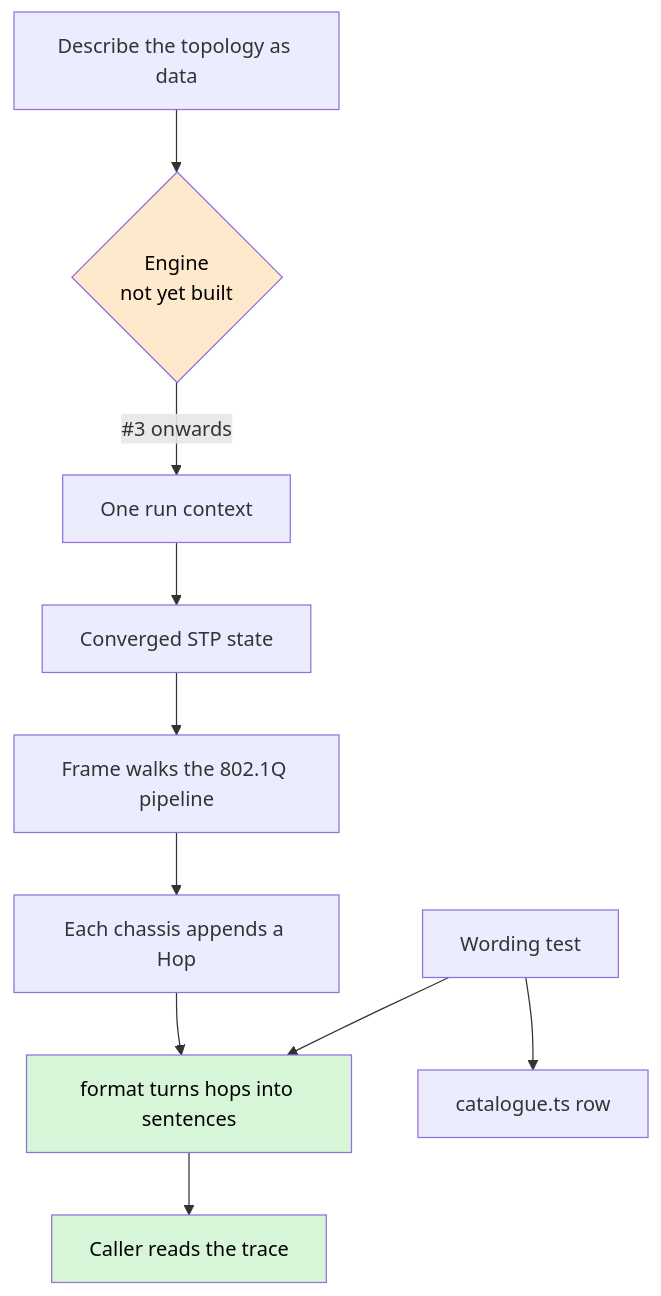
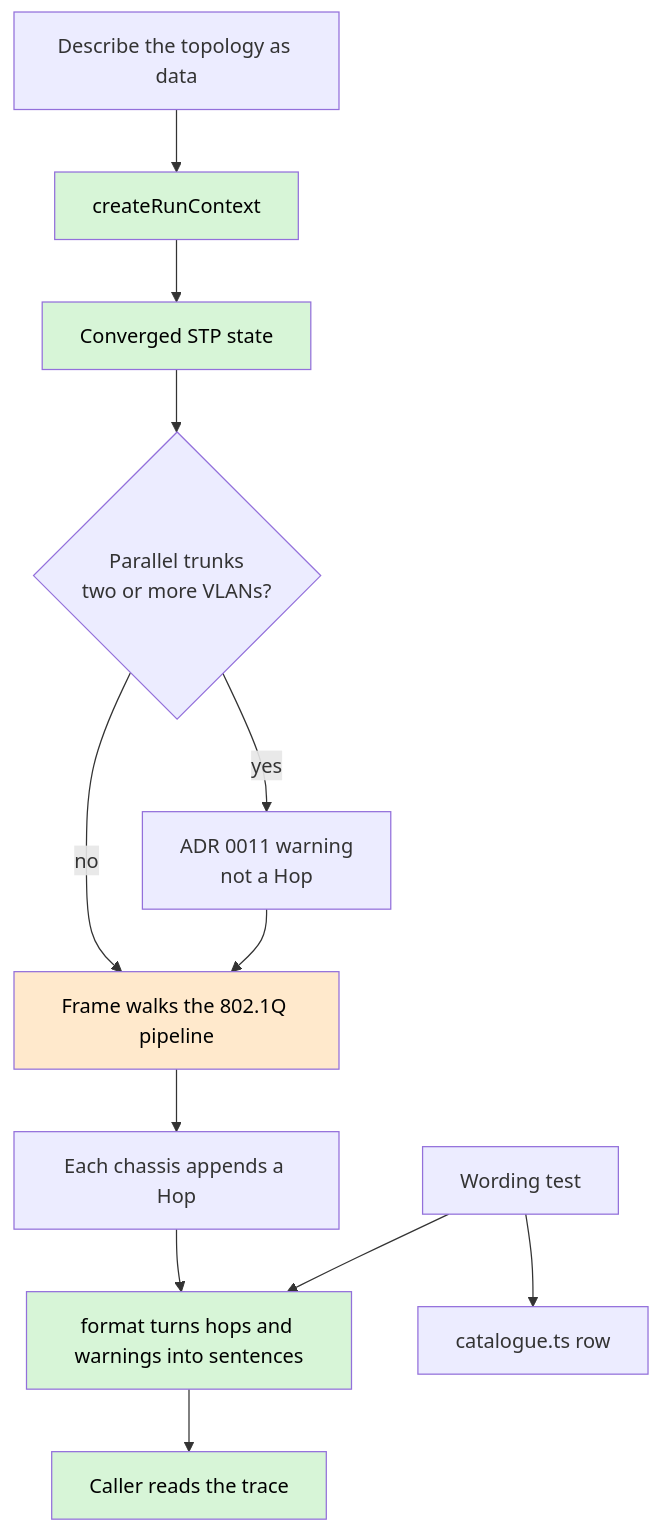
Before and after one commit to alanfong93/network-sandbox: the diagram in docs/system_flow.md, drawn with Mermaid. The commit also changed other lines of this file and 9 other files, not shown here.

First line of the commit message:
feat: add run context and converged spanning tree

````diff
--- a/docs/system_flow.md
+++ b/docs/system_flow.md
@@ -7,15 +7,19 @@
 ```mermaid
 flowchart TD
-    A[Describe the topology as data] --> B{Engine<br>not yet built}
-    B -->|#3 onwards| C[One run context]
+    A[Describe the topology as data] --> C[createRunContext]
     C --> D[Converged STP state]
-    D --> E[Frame walks the 802.1Q pipeline]
+    D --> W{Parallel trunks<br>two or more VLANs?}
+    W -->|yes| X[ADR 0011 warning<br>not a Hop]
+    W -->|no| E[Frame walks the 802.1Q pipeline]
+    X --> E
     E --> F[Each chassis appends a Hop]
-    F --> G[format turns hops into sentences]
+    F --> G[format turns hops and warnings into sentences]
     G --> H[Caller reads the trace]
     I[Wording test] --> G
     I --> J[catalogue.ts row]
-    style B fill:#ffe9cc,color:#000
+    style C fill:#d7f5d7,color:#000
+    style D fill:#d7f5d7,color:#000
+    style E fill:#ffe9cc,color:#000
     style G fill:#d7f5d7,color:#000
     style H fill:#d7f5d7,color:#000
 ```
````
